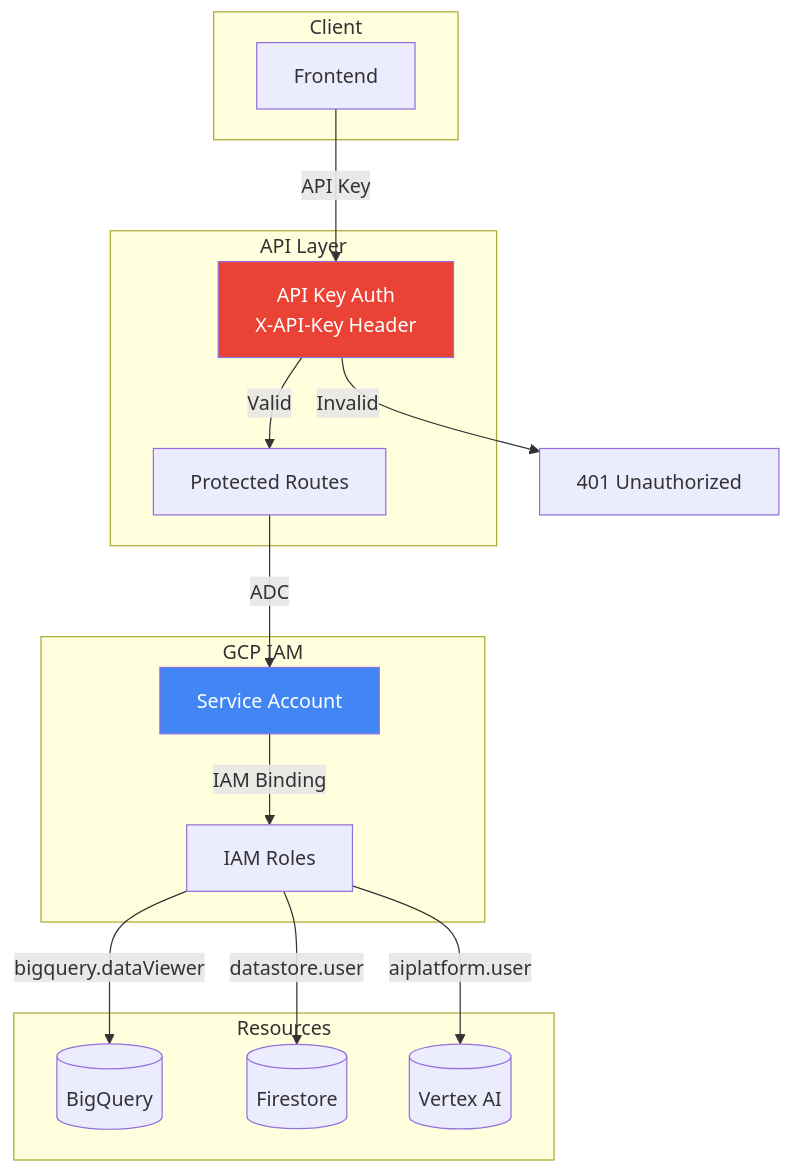
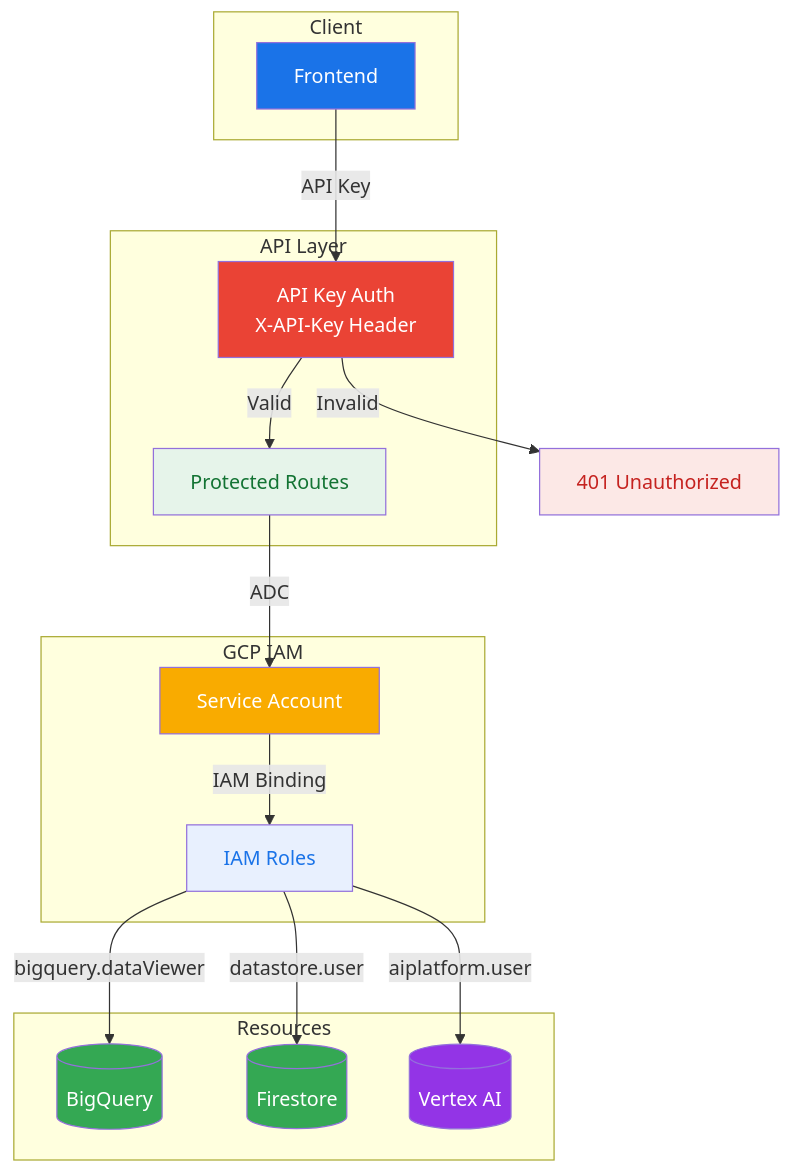
Before and after one commit to gadekar-pravin/InsightAgent: diagram 14 of 23 in ARCHITECTURE.md, drawn with Mermaid. The commit also changed other lines of this file, not shown here.

First line of the commit message:
Implement consistent color theme for all Mermaid diagrams

````diff
--- a/ARCHITECTURE.md
+++ b/ARCHITECTURE.md
@@ -553,35 +622,42 @@
 ```mermaid
 flowchart TB
     subgraph "Client"
         FE[Frontend]
     end
 
     subgraph "API Layer"
         AUTH[API Key Auth<br/>X-API-Key Header]
         ROUTES[Protected Routes]
     end
 
     subgraph "GCP IAM"
         SA[Service Account]
         ROLES[IAM Roles]
     end
 
     subgraph "Resources"
         BQ[(BigQuery)]
         FS[(Firestore)]
         VA[(Vertex AI)]
     end
 
     FE -->|API Key| AUTH
     AUTH -->|Valid| ROUTES
     AUTH -->|Invalid| REJECT[401 Unauthorized]
 
     ROUTES -->|ADC| SA
     SA -->|IAM Binding| ROLES
     ROLES -->|bigquery.dataViewer| BQ
     ROLES -->|datastore.user| FS
     ROLES -->|aiplatform.user| VA
 
+    style FE fill:#1A73E8,color:#fff
     style AUTH fill:#EA4335,color:#fff
-    style SA fill:#4285F4,color:#fff
+    style ROUTES fill:#E6F4EA,color:#137333
+    style REJECT fill:#FCE8E6,color:#C5221F
+    style SA fill:#F9AB00,color:#fff
+    style ROLES fill:#E8F0FE,color:#1A73E8
+    style BQ fill:#34A853,color:#fff
+    style FS fill:#34A853,color:#fff
+    style VA fill:#9334E6,color:#fff
 ```
````
